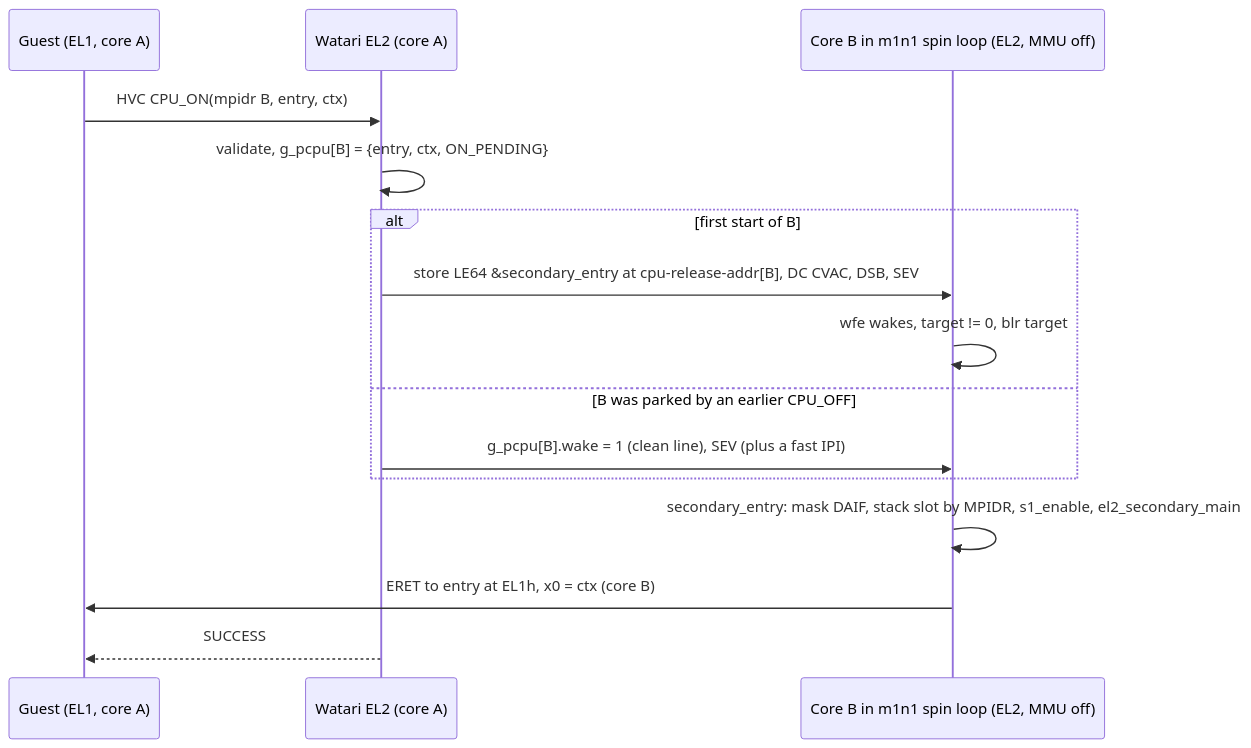
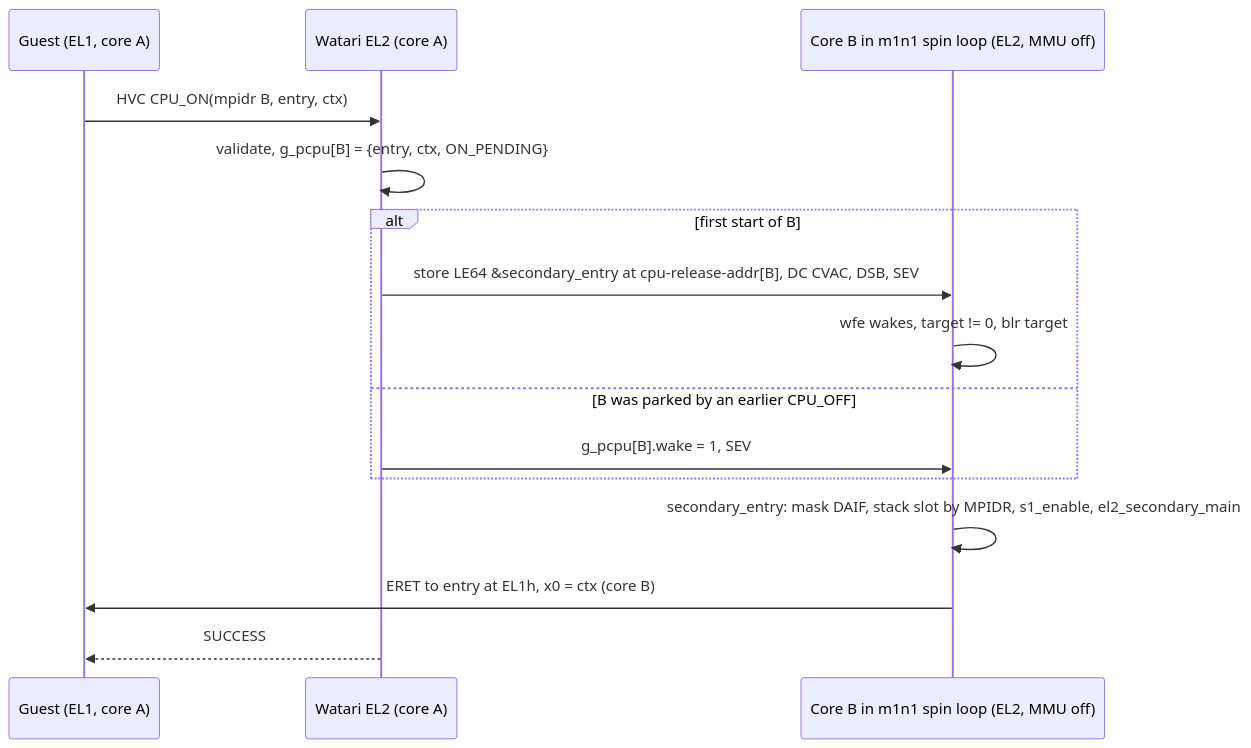
The first of 2 diagrams in docs/design/watari-el2-m1boot/DESIGN.md (ZonatedCord/WatariBoot), drawn with Mermaid before and after one commit. The commit also changed other lines of this file and 4 other files, not shown here.

````diff
--- a/docs/design/watari-el2-m1boot/DESIGN.md
+++ b/docs/design/watari-el2-m1boot/DESIGN.md
@@ -102,17 +103,17 @@
 ```mermaid
 sequenceDiagram
   participant G as Guest (EL1, core A)
   participant L as Watari EL2 (core A)
   participant S as Core B in m1n1 spin loop (EL2, MMU off)
   G->>L: HVC CPU_ON(mpidr B, entry, ctx)
   L->>L: validate, g_pcpu[B] = {entry, ctx, ON_PENDING}
   alt first start of B
     L->>S: store LE64 &secondary_entry at cpu-release-addr[B], DC CVAC, DSB, SEV
     S->>S: wfe wakes, target != 0, blr target
   else B was parked by an earlier CPU_OFF
-    L->>S: g_pcpu[B].wake = 1 (clean line), SEV (plus a fast IPI)
+    L->>S: g_pcpu[B].wake = 1, SEV
   end
   S->>S: secondary_entry: mask DAIF, stack slot by MPIDR, s1_enable, el2_secondary_main
   S->>G: ERET to entry at EL1h, x0 = ctx (core B)
   L-->>G: SUCCESS
 ```
````
